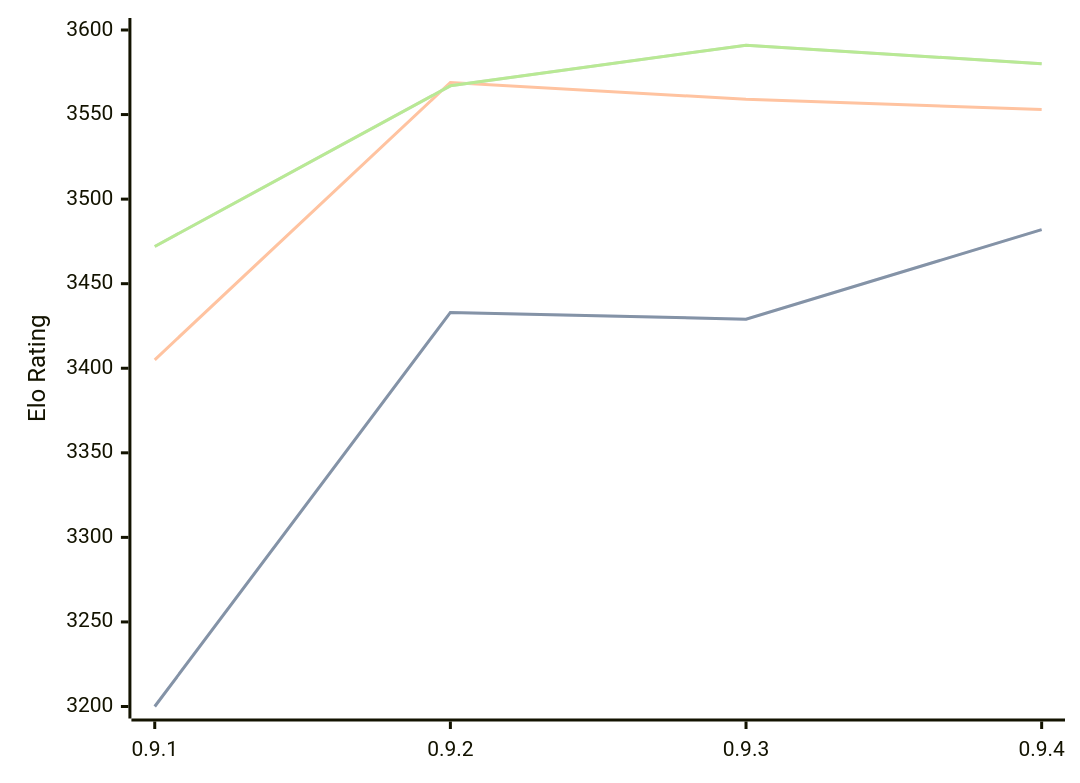
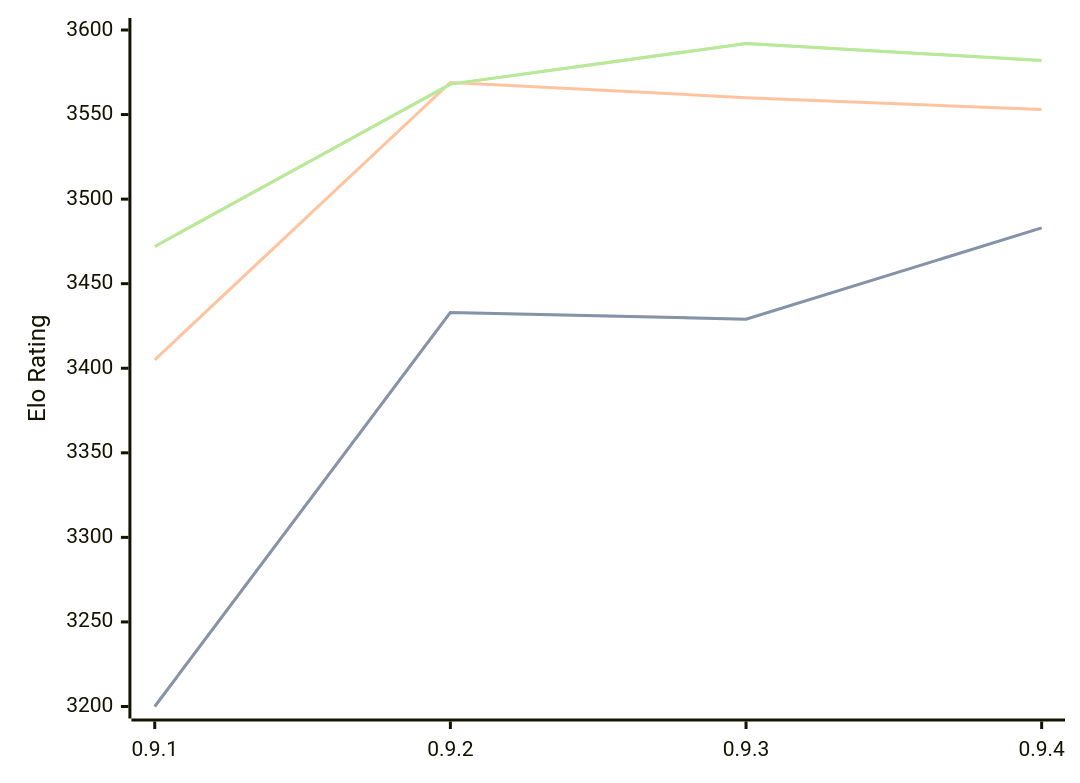
The diagram in engines/Coda.md (computer-chess-index/cci), drawn with Mermaid before and after one commit. The commit also changed other lines of this file, not shown here.

Commit message:
Update CCI Ratings (ELO VLTC) - 2026-08-29

````diff
--- a/engines/Coda.md
+++ b/engines/Coda.md
@@ -34,11 +34,11 @@
 ```mermaid
 %%{init: {"theme":"base","themeVariables":{"seriesColors:['#a3a3a3','#222221','#faa371']}}}%%
 xychart-beta
   x-axis ["0.9.1", "0.9.2", "0.9.3", "0.9.4"]
   y-axis "Elo Rating" 3200 --> 3600
-  line "" [3200, 3433, 3429, 3482]
-  line "STC (8.0+0.08s)" [3200, 3433, 3429, 3482]
-  line "LTC (60.0+0.60s)" [3405, 3569, 3559, 3553]
-  line "" [3472, 3567, 3591, 3580]
-  line "VLTC (2m24s+1.12s)" [3472, 3567, 3591, 3580]
+  line "" [3200, 3433, 3429, 3483]
+  line "STC (8.0+0.08s)" [3200, 3433, 3429, 3483]
+  line "LTC (60.0+0.60s)" [3405, 3569, 3560, 3553]
+  line "" [3472, 3568, 3592, 3582]
+  line "VLTC (2m24s+1.12s)" [3472, 3568, 3592, 3582]
 ```
````
